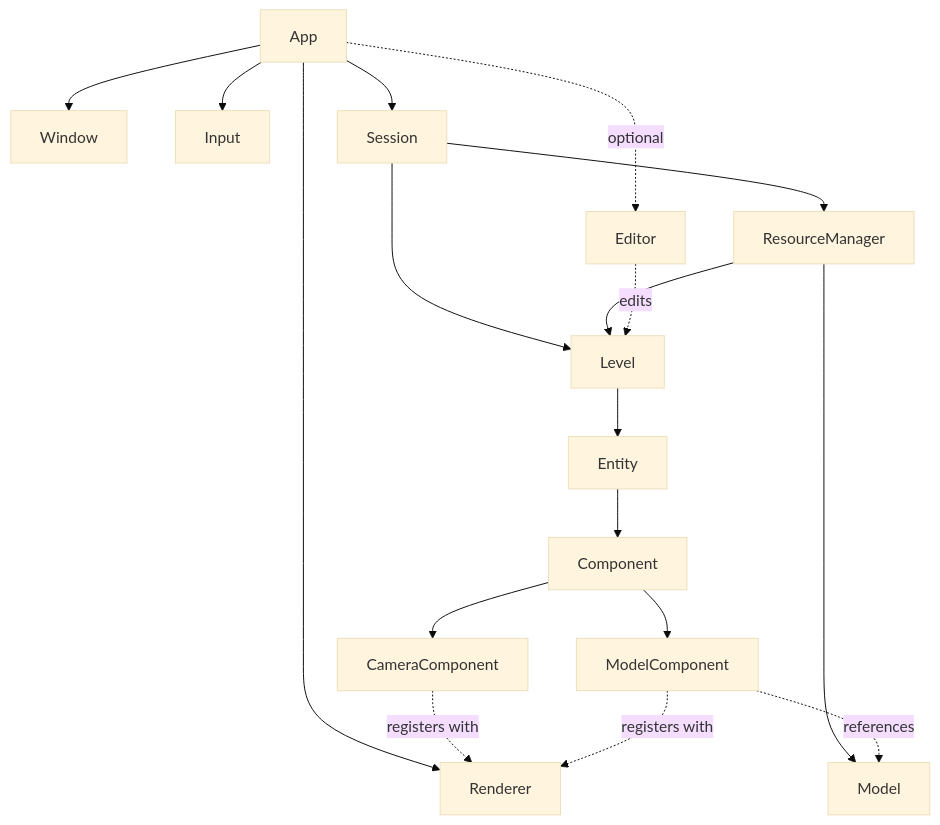
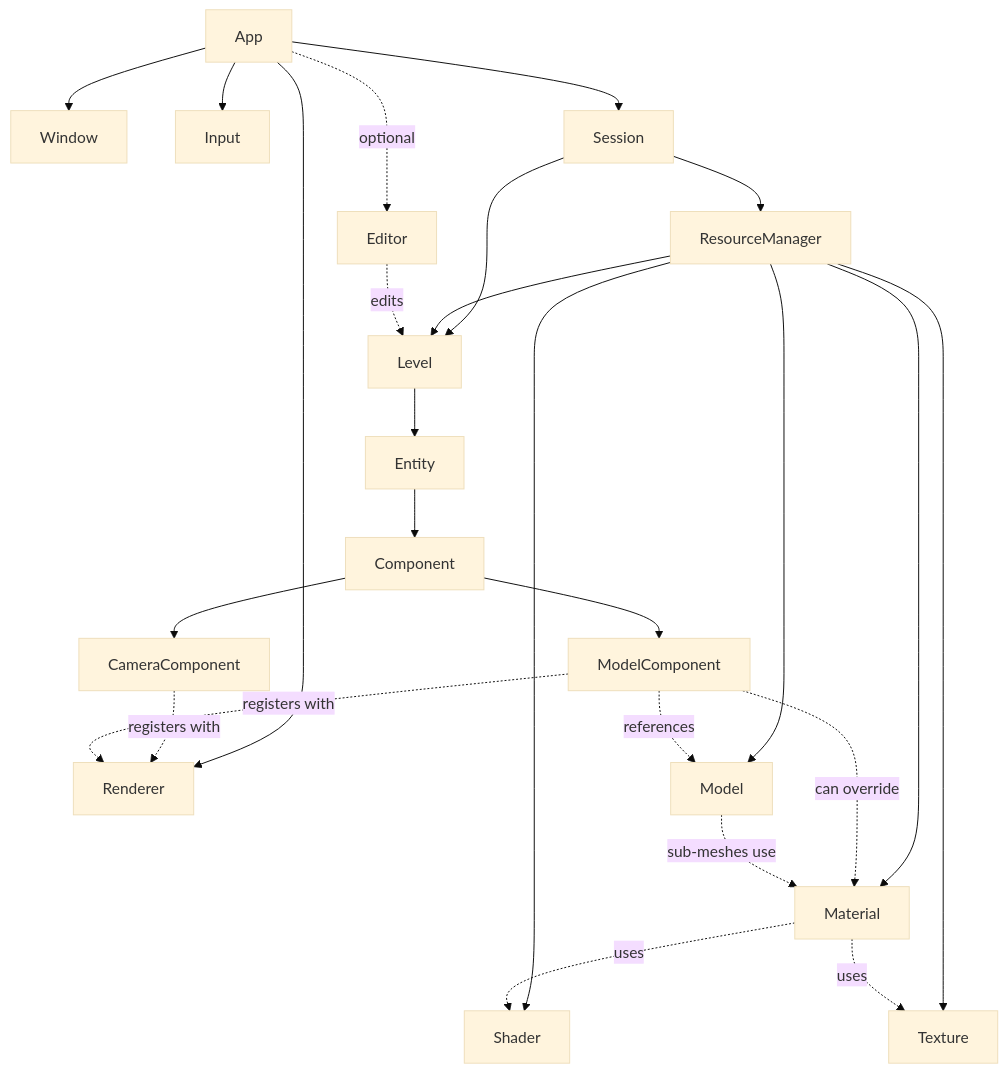
The diagram in README.md (gabrielmaneru/gaia3), drawn with Mermaid (base theme) before and after one commit. The commit also changed other lines of this file and 47 other files, not shown here.

Commit message:
Create Shader, Material and Texture resources + error fallback

````diff
--- a/README.md
+++ b/README.md
@@ -214,24 +252,31 @@
 ```mermaid
 graph TD
     App --> Window
     App --> Input
     App --> Renderer
     App --> Session
     App -. optional .-> Editor
 
     Session --> ResourceManager
     Session --> Level
     ResourceManager --> Level
     ResourceManager --> Model
+    ResourceManager --> Material
+    ResourceManager --> Shader
+    ResourceManager --> Texture
 
     Level --> Entity
     Entity --> Component
     Component --> CameraComponent
     Component --> ModelComponent
 
     CameraComponent -. registers with .-> Renderer
     ModelComponent -. registers with .-> Renderer
     ModelComponent -. references .-> Model
+    ModelComponent -. can override .-> Material
+    Model -. sub-meshes use .-> Material
+    Material -. uses .-> Shader
+    Material -. uses .-> Texture
 
     Editor -. edits .-> Level
 ```
````
